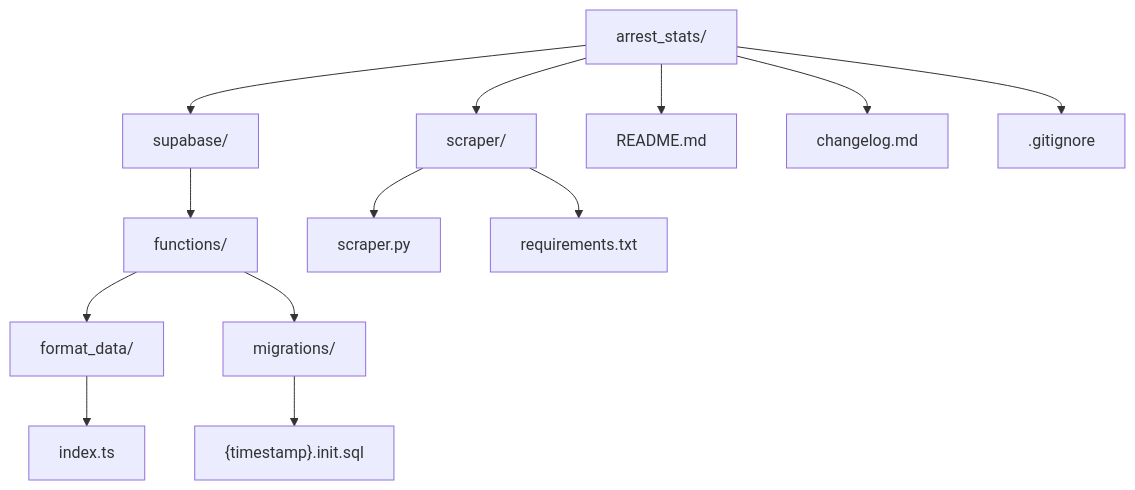
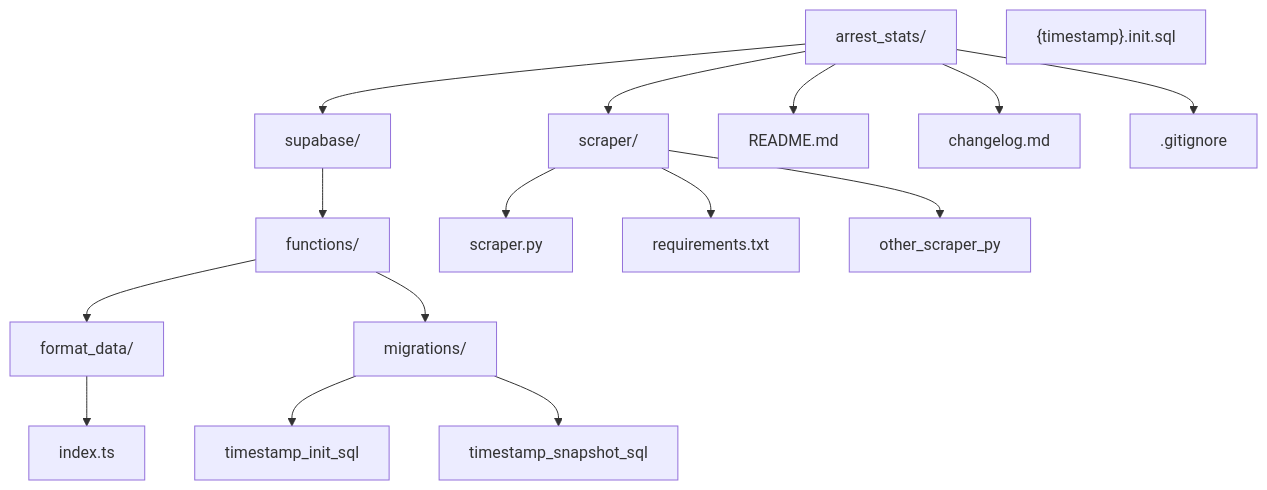
One commit to amberajs/arrest_stats changed the diagram in README.md. Above: the diagram before and after it, drawn with Mermaid. The commit also changed other lines of this file and 9 other files, not shown here.

````diff
--- a/README.md
+++ b/README.md
@@ -18,33 +18,35 @@
 ```mermaid
 graph TD
   arrest_stats["arrest_stats/"]
   scraper["scraper/"]
   supabase["supabase/"]
   functions["functions/"]
   format_data["format_data/"]
   migrations["migrations/"]
   scraper_py["scraper.py"]
   requirements_txt["requirements.txt"]
   index_ts["index.ts"]
   timestamp_sql["{timestamp}.init.sql"]
   readme_md["README.md"]
   changelog_md["changelog.md"]
   gitignore[".gitignore"]
 
   arrest_stats --> scraper
   scraper --> scraper_py
+  scraper --> other_scraper_py
   scraper --> requirements_txt
-  
+
   arrest_stats --> supabase
   supabase --> functions
   
   functions --> format_data
   format_data --> index_ts
   
   functions --> migrations
-  migrations --> timestamp_sql
+  migrations --> timestamp_init_sql
+  migrations --> timestamp_snapshot_sql
   
   arrest_stats --> readme_md
   arrest_stats --> changelog_md
   arrest_stats --> gitignore
 ```
````
